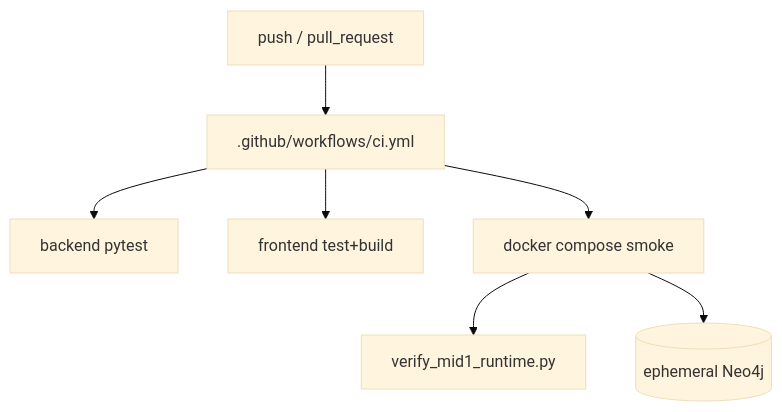
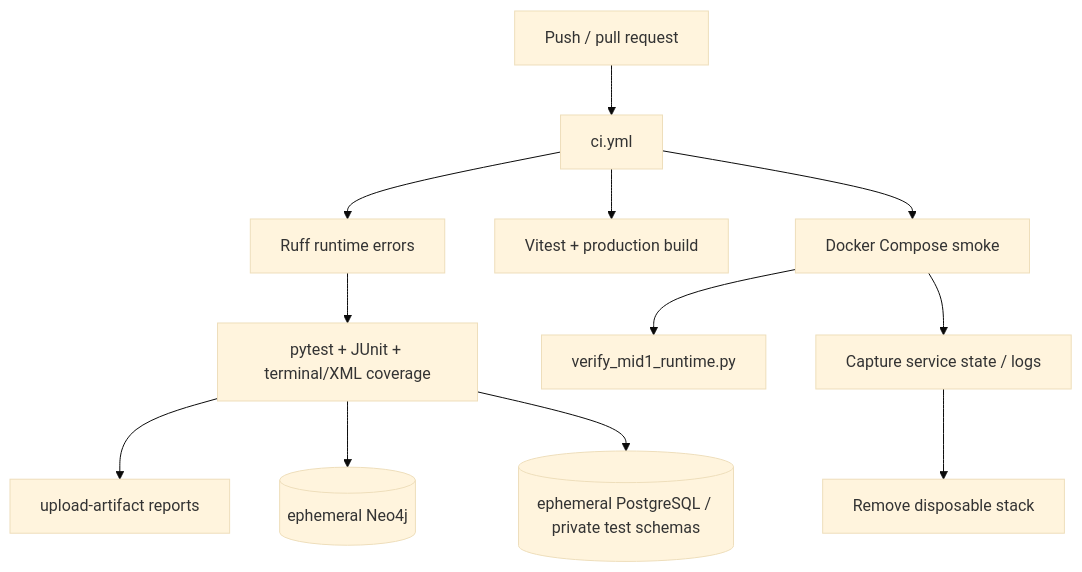
Before and after one commit to umaritics/halite: the diagram in knowledge/flows/FLOW-ci.md, drawn with Mermaid (base theme). The commit also changed other lines of this file and 44 other files, not shown here.

Commit message:
feat(sessions): persist owned investigations and verify degraded workflows

````diff
--- a/knowledge/flows/FLOW-ci.md
+++ b/knowledge/flows/FLOW-ci.md
@@ -20,9 +21,14 @@
 ```mermaid
 flowchart TB
-  Push[push / pull_request] --> WF[.github/workflows/ci.yml]
-  WF --> B[backend pytest]
-  WF --> F[frontend test+build]
-  WF --> D[docker compose smoke]
-  D --> V[verify_mid1_runtime.py]
-  D --> N[(ephemeral Neo4j)]
+  Change[Push / pull request] --> Workflow[ci.yml]
+  Workflow --> Lint[Ruff runtime errors]
+  Lint --> Tests[pytest + JUnit + terminal/XML coverage]
+  Tests --> Artifacts[upload-artifact reports]
+  Tests --> Neo4j[(ephemeral Neo4j)]
+  Tests --> Postgres[(ephemeral PostgreSQL / private test schemas)]
+  Workflow --> Frontend[Vitest + production build]
+  Workflow --> Compose[Docker Compose smoke]
+  Compose --> Verify[verify_mid1_runtime.py]
+  Compose --> Logs[Capture service state / logs]
+  Logs --> Cleanup[Remove disposable stack]
 ```
````
